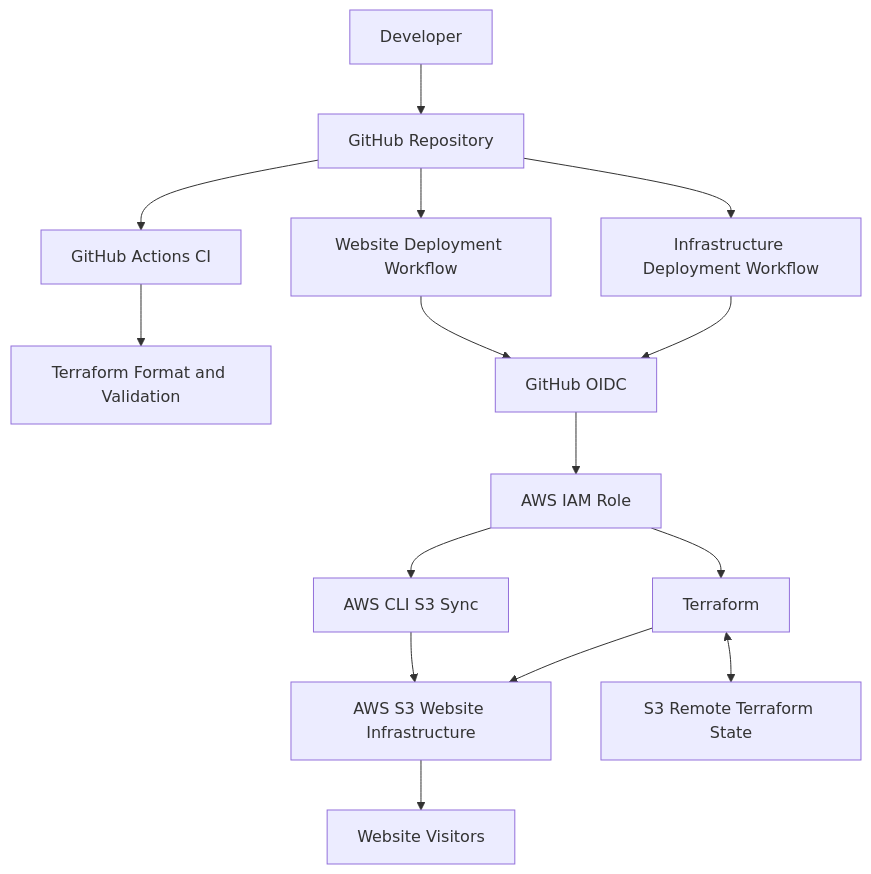
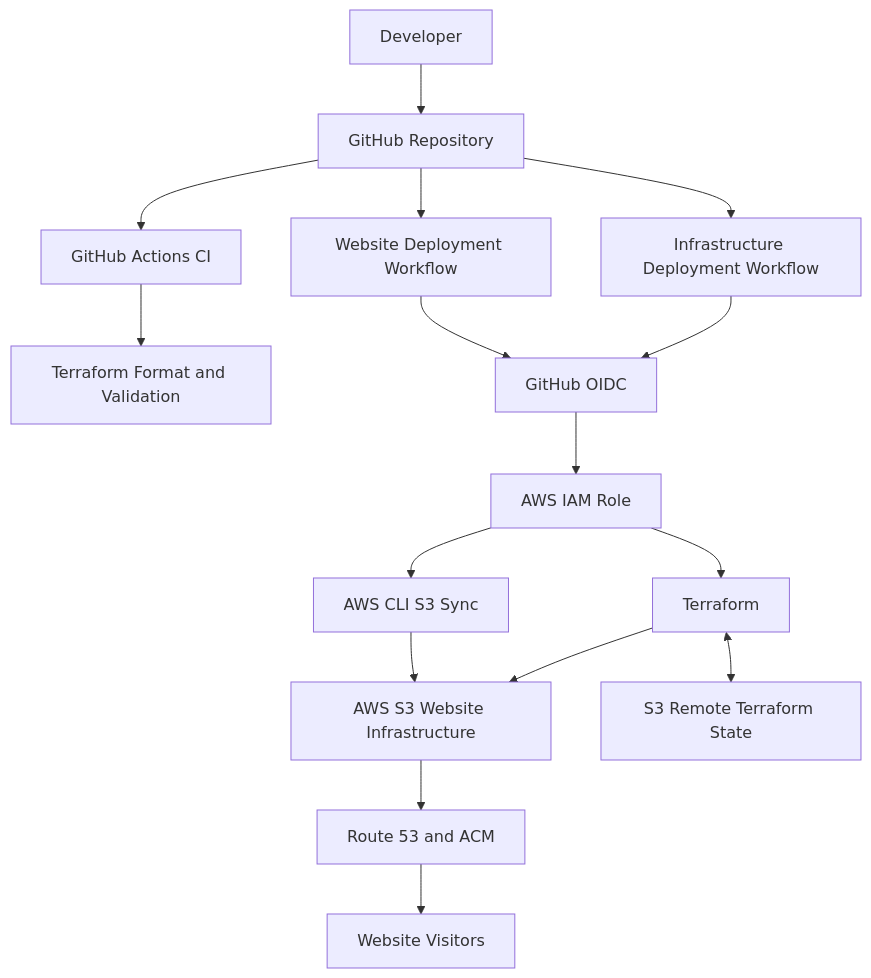
Before and after one commit to AdeemAkhtar/prod-terraform-static-web-hosting-on-S3: the diagram in README.md, drawn with Mermaid.

Commit message:
README UPDATED

````diff
--- a/README.md
+++ b/README.md
@@ -34,20 +34,23 @@
 ```mermaid
 flowchart TD
     DEV[Developer] --> GIT[GitHub Repository]
     GIT --> CI[GitHub Actions CI]
     GIT --> CD[Infrastructure Deployment Workflow]
     GIT --> WEB[Website Deployment Workflow]
 
     CI --> CHECK[Terraform Format and Validation]
     CD --> OIDC[GitHub OIDC]
     WEB --> OIDC
 
     OIDC --> IAM[AWS IAM Role]
     IAM --> TF[Terraform]
     TF --> INFRA[AWS S3 Website Infrastructure]
     TF <--> STATE[S3 Remote Terraform State]
 
     IAM --> SYNC[AWS CLI S3 Sync]
     SYNC --> INFRA
-    INFRA --> VISITOR[Website Visitors]
+    INFRA --> ROUTE53+ACM[Route 53 and ACM]
+    
+    ROUTE53+ACM --> VISITOR[Website Visitors]
+    
 ```
````
